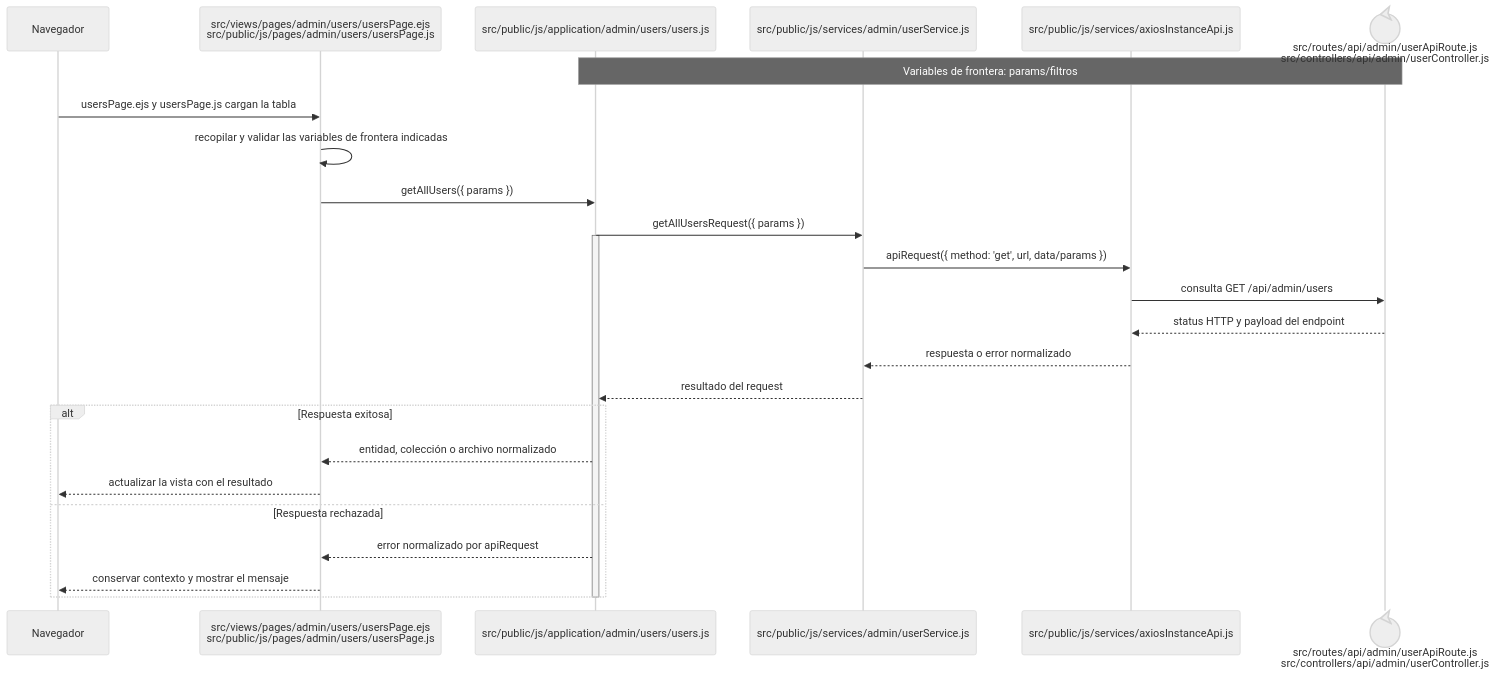
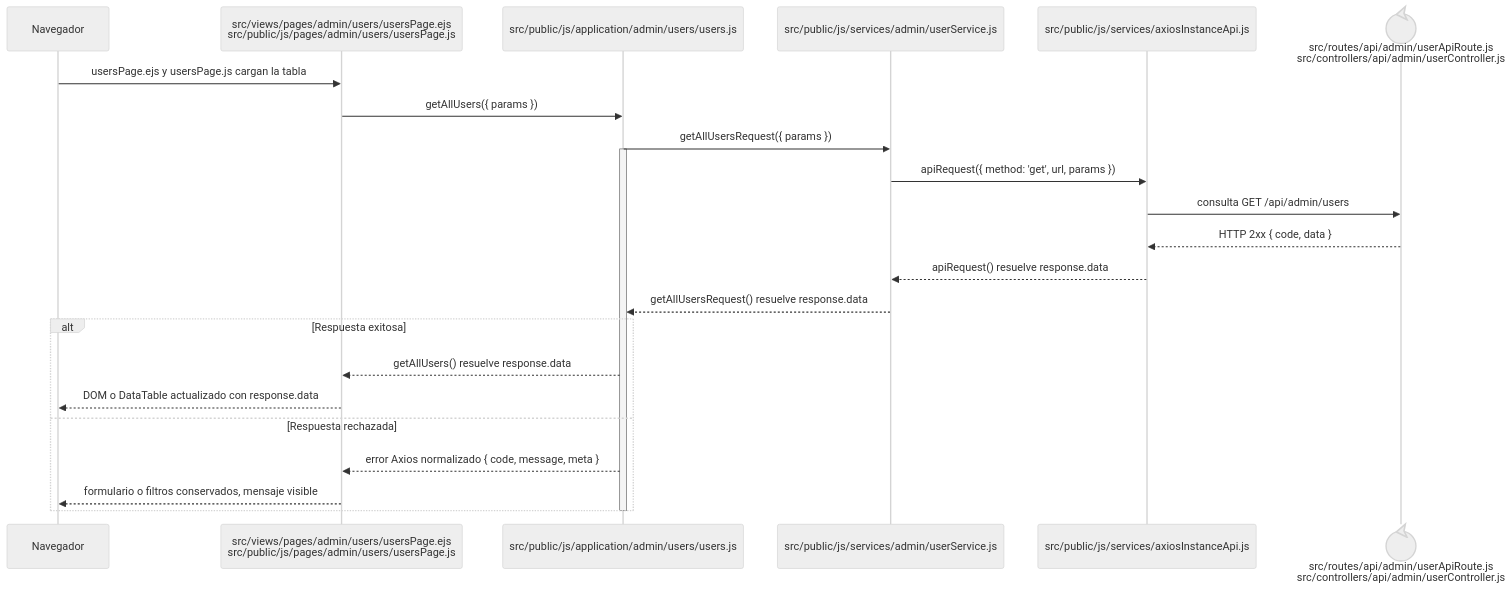
The diagram in docs/architecture/frontend-code-sequences/identity-access/cu-ida-05.md (gpgsistemas01/nexus), drawn with Mermaid (neutral theme) before and after one commit. The commit also changed 148 other files, not shown here.

````diff
--- a/docs/architecture/frontend-code-sequences/identity-access/cu-ida-05.md
+++ b/docs/architecture/frontend-code-sequences/identity-access/cu-ida-05.md
@@ -6,29 +6,27 @@
 ```mermaid
 sequenceDiagram
     participant Browser as Navegador
     participant View as src/views/pages/admin/users/usersPage.ejs<br/>src/public/js/pages/admin/users/usersPage.js
     participant Application as src/public/js/application/admin/users/users.js
     participant Request as src/public/js/services/admin/userService.js
     participant HTTP as src/public/js/services/axiosInstanceApi.js
     participant Transport@{ "type": "control" } as src/routes/api/admin/userApiRoute.js<br/>src/controllers/api/admin/userController.js
-    Note over Application,Transport: Variables de frontera: params/filtros
 
     Browser->>View: usersPage.ejs y usersPage.js cargan la tabla
-    View->>View: recopilar y validar las variables de frontera indicadas
     View->>Application: getAllUsers({ params })
     Application->>Request: getAllUsersRequest({ params })
     activate Application
-    Request->>HTTP: apiRequest({ method: 'get', url, data/params })
+    Request->>HTTP: apiRequest({ method: 'get', url, params })
     HTTP->>Transport: consulta GET /api/admin/users
-    Transport-->>HTTP: status HTTP y payload del endpoint
-    HTTP-->>Request: respuesta o error normalizado
-    Request-->>Application: resultado del request
+    Transport-->>HTTP: HTTP 2xx { code, data }
+    HTTP-->>Request: apiRequest() resuelve response.data
+    Request-->>Application: getAllUsersRequest() resuelve response.data
     alt Respuesta exitosa
-        Application-->>View: entidad, colección o archivo normalizado
-        View-->>Browser: actualizar la vista con el resultado
+        Application-->>View: getAllUsers() resuelve response.data
+        View-->>Browser: DOM o DataTable actualizado con response.data
     else Respuesta rechazada
-        Application-->>View: error normalizado por apiRequest
-        View-->>Browser: conservar contexto y mostrar el mensaje
+        Application-->>View: error Axios normalizado { code, message, meta }
+        View-->>Browser: formulario o filtros conservados, mensaje visible
     end
     deactivate Application
 ```
````
